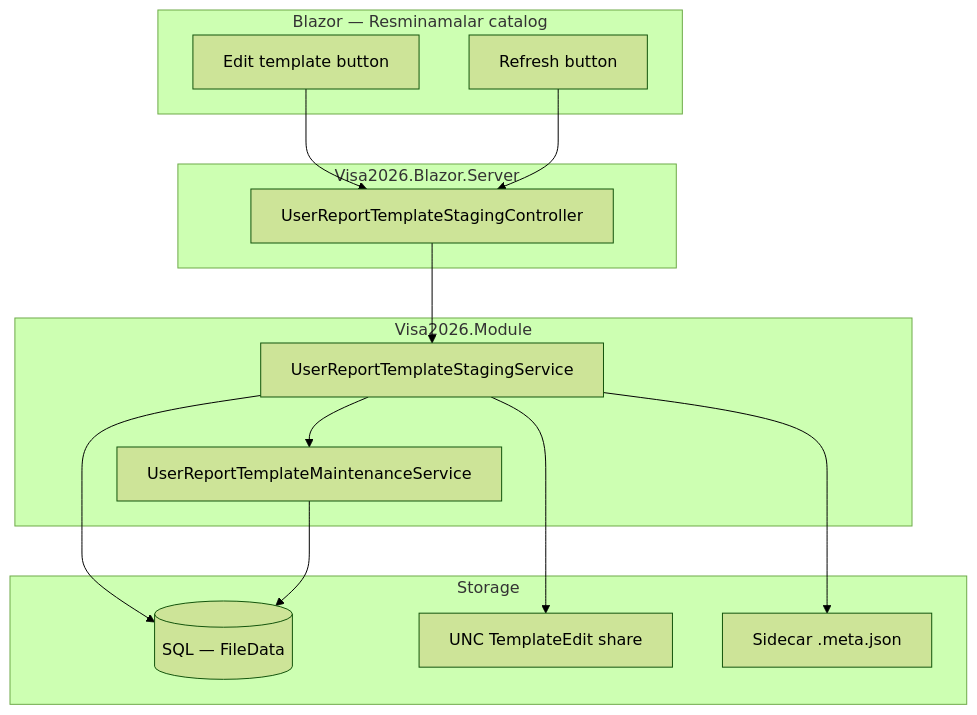
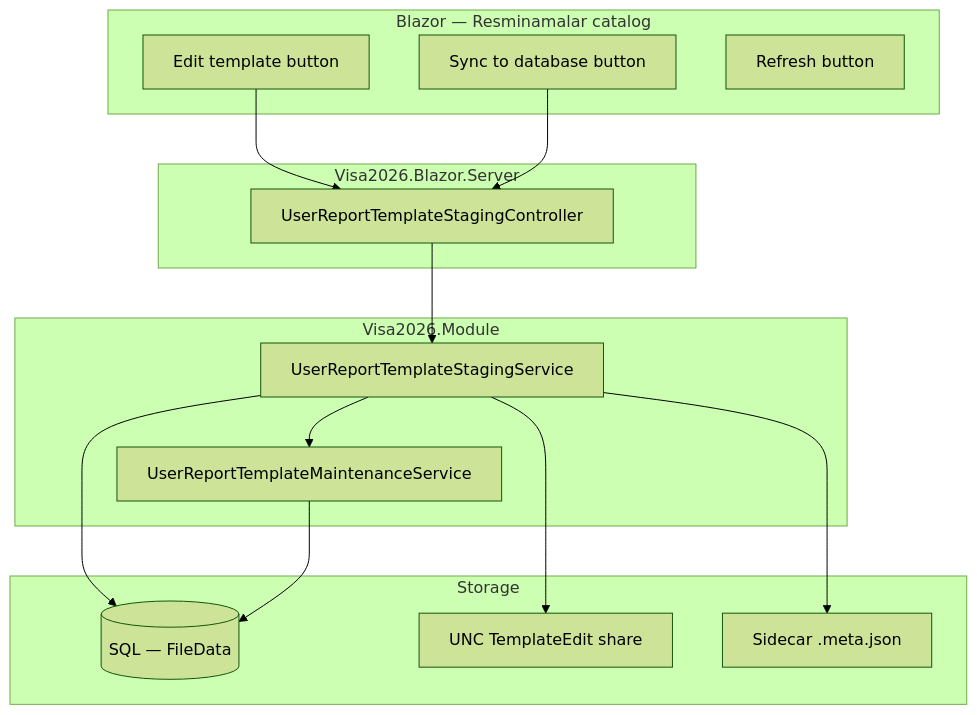
One commit to webapis/Visa2026 changed the second of 2 diagrams in docs/TEMPLATE_STAGING_EDIT.md. Above: the diagram before and after it, drawn with Mermaid (forest theme). The commit also changed other lines of this file and 17 other files, not shown here.

First line of the commit message:
Add IIS template-edit SMB share script and document staging flow.

````diff
--- a/docs/TEMPLATE_STAGING_EDIT.md
+++ b/docs/TEMPLATE_STAGING_EDIT.md
@@ -76,30 +76,31 @@
 ```mermaid
 flowchart TB
     subgraph ui [Blazor — Resminamalar catalog]
         EDIT[Edit template button]
+        SYNC[Sync to database button]
         REF[Refresh button]
     end
 
     subgraph api [Visa2026.Blazor.Server]
         CTRL[UserReportTemplateStagingController]
     end
 
     subgraph module [Visa2026.Module]
         STG[UserReportTemplateStagingService]
         MAINT[UserReportTemplateMaintenanceService]
     end
 
     subgraph storage [Storage]
         DB[(SQL — FileData)]
         SHARE[UNC TemplateEdit share]
         META[Sidecar .meta.json]
     end
 
     EDIT --> CTRL --> STG
-    REF --> CTRL
+    SYNC --> CTRL
     STG --> DB
     STG --> SHARE
     STG --> META
     STG --> MAINT
     MAINT --> DB
 ```
````
